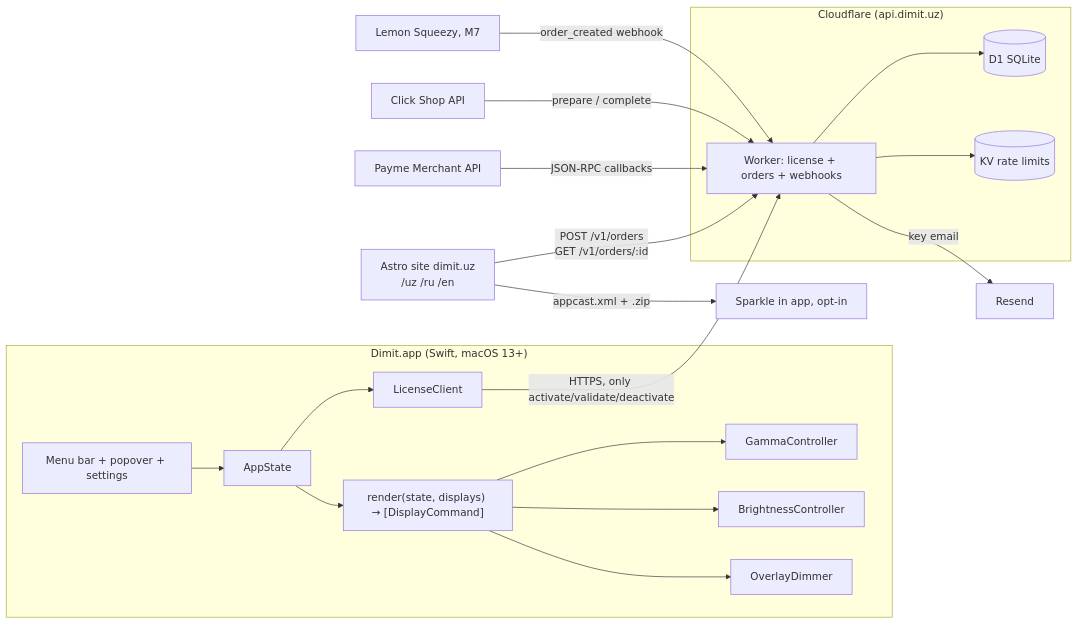
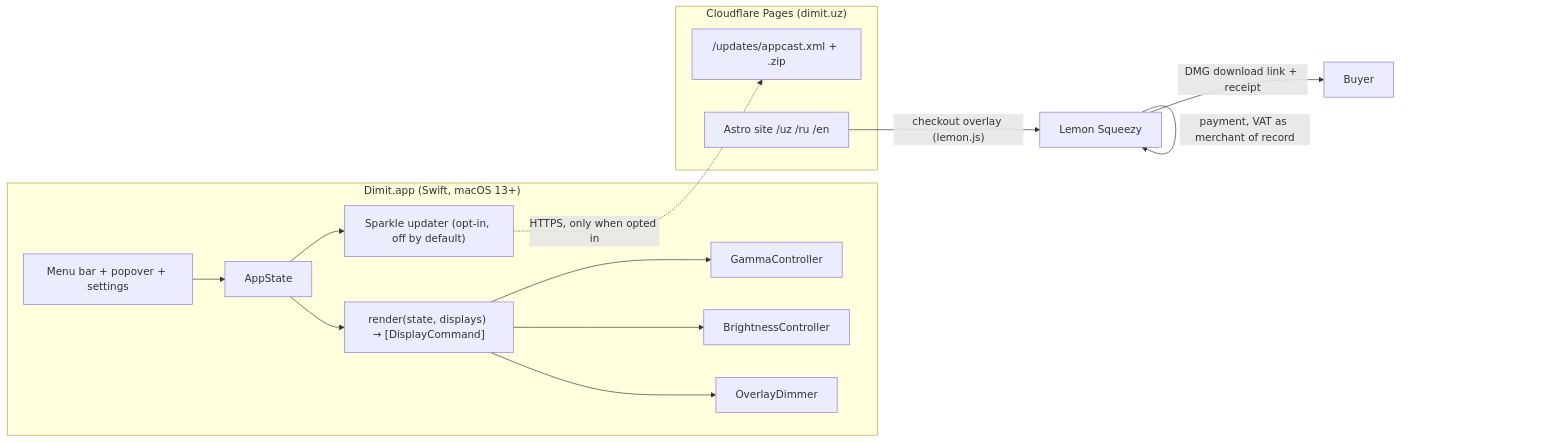
The first of 3 diagrams in docs/ARCHITECTURE.md (azakapro/dimit), drawn with Mermaid before and after one commit. The commit also changed other lines of this file and 10 other files, not shown here.

````diff
--- a/docs/ARCHITECTURE.md
+++ b/docs/ARCHITECTURE.md
@@ -9,22 +9,19 @@
 ```mermaid
 flowchart LR
     subgraph Mac["Dimit.app (Swift, macOS 13+)"]
         UI[Menu bar + popover + settings] --> State[AppState]
         State --> Render["render(state, displays) → [DisplayCommand]"]
         Render --> Gamma[GammaController]
         Render --> Bright[BrightnessController]
         Render --> Overlay[OverlayDimmer]
-        State --> Lic[LicenseClient]
+        State --> Upd["Sparkle updater (opt-in, off by default)"]
     end
-    Lic -- "HTTPS, only activate/validate/deactivate" --> API
-    subgraph CF["Cloudflare (api.dimit.uz)"]
-        API[Worker: license + orders + webhooks] --> D1[(D1 SQLite)]
-        API --> KV[(KV rate limits)]
+    Upd -. "HTTPS, only when opted in" .-> Updates
+    subgraph CFP["Cloudflare Pages (dimit.uz)"]
+        Site["Astro site /uz /ru /en"]
+        Updates["/updates/appcast.xml + .zip"]
     end
-    Site[Astro site dimit.uz\n/uz /ru /en] -- "POST /v1/orders\nGET /v1/orders/:id" --> API
-    Payme[Payme Merchant API] -- "JSON-RPC callbacks" --> API
-    Click[Click Shop API] -- "prepare / complete" --> API
-    LS[Lemon Squeezy, M7] -- "order_created webhook" --> API
-    API -- "key email" --> Resend
-    Site -- "appcast.xml + .zip" --> Sparkle[Sparkle in app, opt-in]
+    Site -- "checkout overlay (lemon.js)" --> LS[Lemon Squeezy]
+    LS -- "payment, VAT as merchant of record" --> LS
+    LS -- "DMG download link + receipt" --> Buyer[Buyer]
 ```
````
